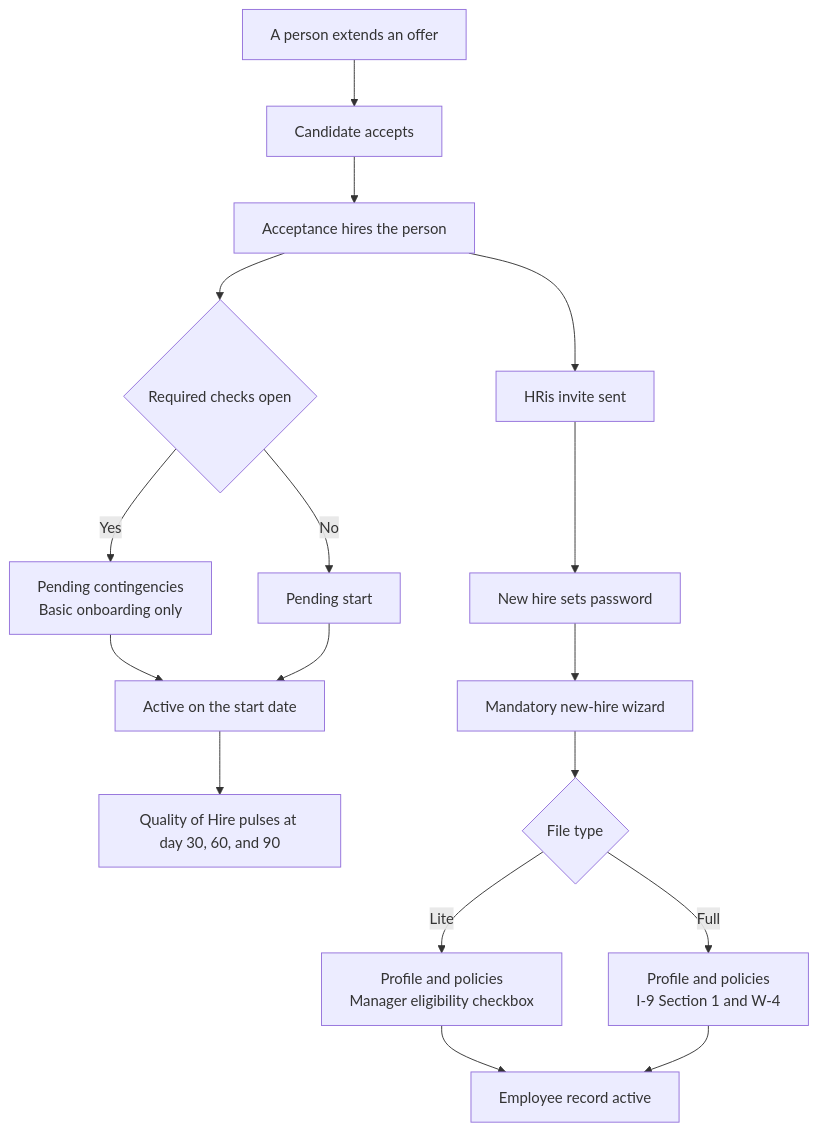
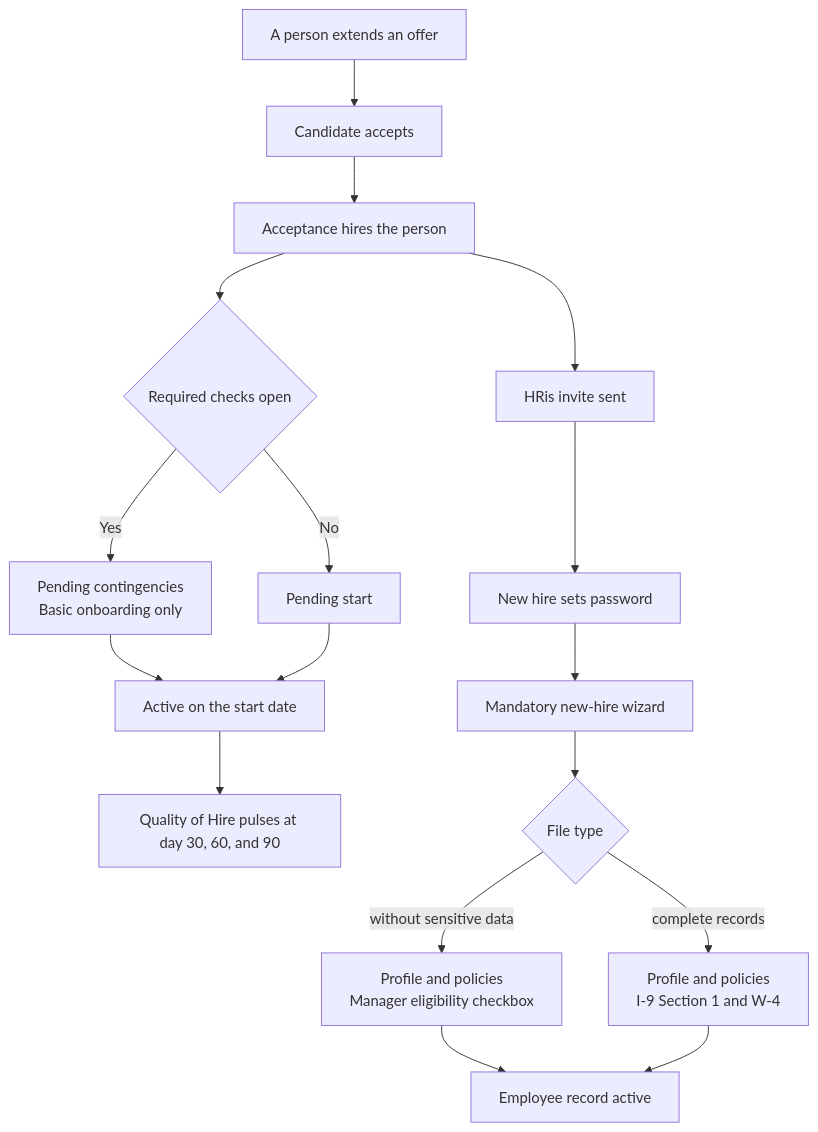
One commit to staceykay67/scalemaker-hris-showcase changed the first of 23 diagrams in README.md. Above: the diagram before and after it, drawn with Mermaid. The commit also changed other lines of this file, not shown here.

First line of the commit message:
README: plain records-level wording; drop pen test/SOC 2 line (#1)

````diff
--- a/README.md
+++ b/README.md
@@ -97,19 +97,19 @@
 ```mermaid
 flowchart TB
     Offer["A person extends an offer"] --> Accept["Candidate accepts"]
     Accept --> Run["Acceptance hires the person"]
     Run --> Checks{"Required checks open"}
     Checks -- "Yes" --> Cont["Pending contingencies<br/>Basic onboarding only"]
     Checks -- "No" --> Start["Pending start"]
     Cont --> Active["Active on the start date"]
     Start --> Active
     Active --> QoH["Quality of Hire pulses at day 30, 60, and 90"]
     Run --> Invite["HRis invite sent"]
     Invite --> Pass["New hire sets password"]
     Pass --> Wiz["Mandatory new-hire wizard"]
     Wiz --> File{"File type"}
-    File -- "Lite" --> Lite["Profile and policies<br/>Manager eligibility checkbox"]
-    File -- "Full" --> Full["Profile and policies<br/>I-9 Section 1 and W-4"]
-    Lite --> Done["Employee record active"]
-    Full --> Done
+    File -- "without sensitive data" --> NoSens["Profile and policies<br/>Manager eligibility checkbox"]
+    File -- "complete records" --> Complete["Profile and policies<br/>I-9 Section 1 and W-4"]
+    NoSens --> Done["Employee record active"]
+    Complete --> Done
 ```
````
